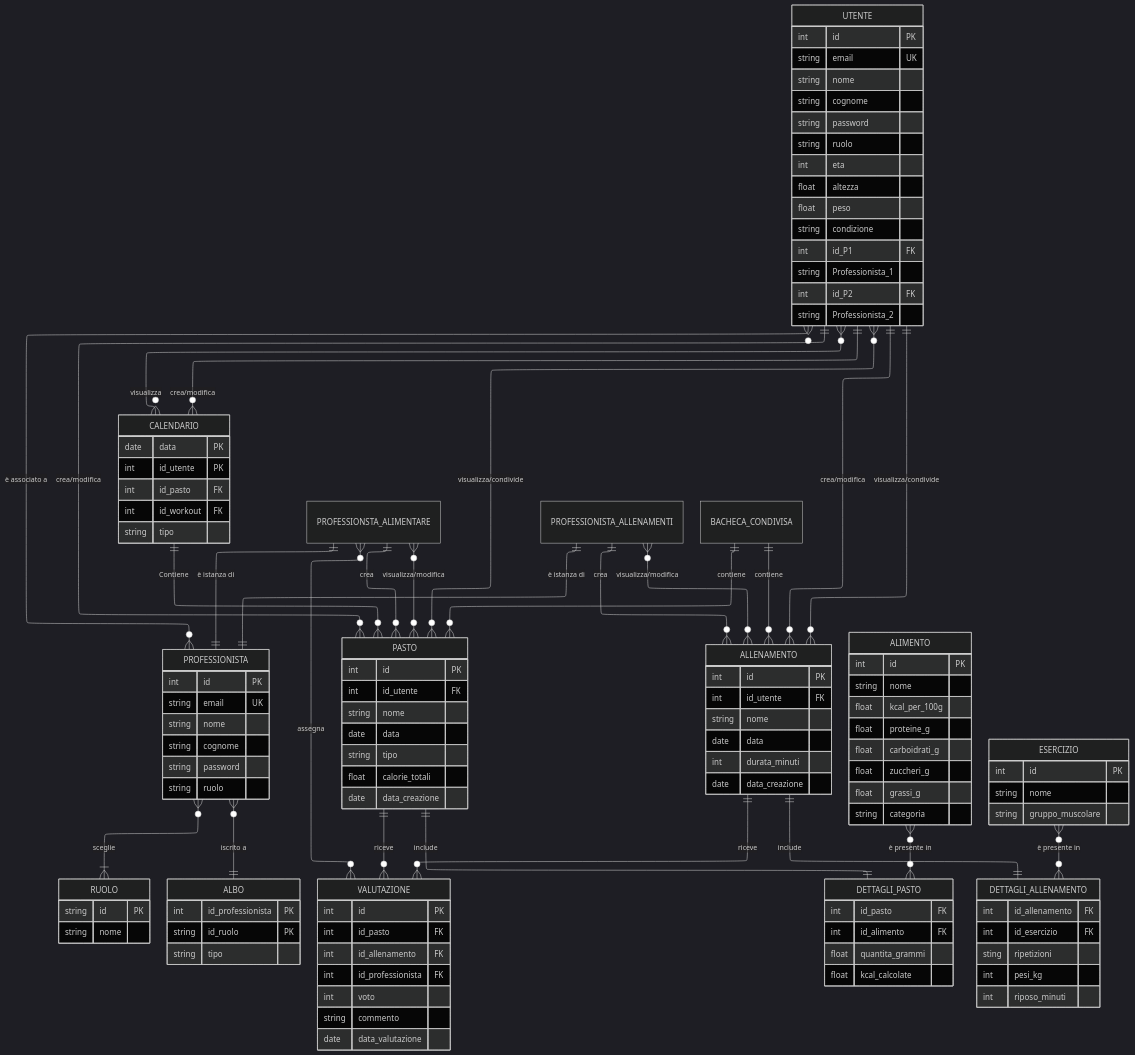
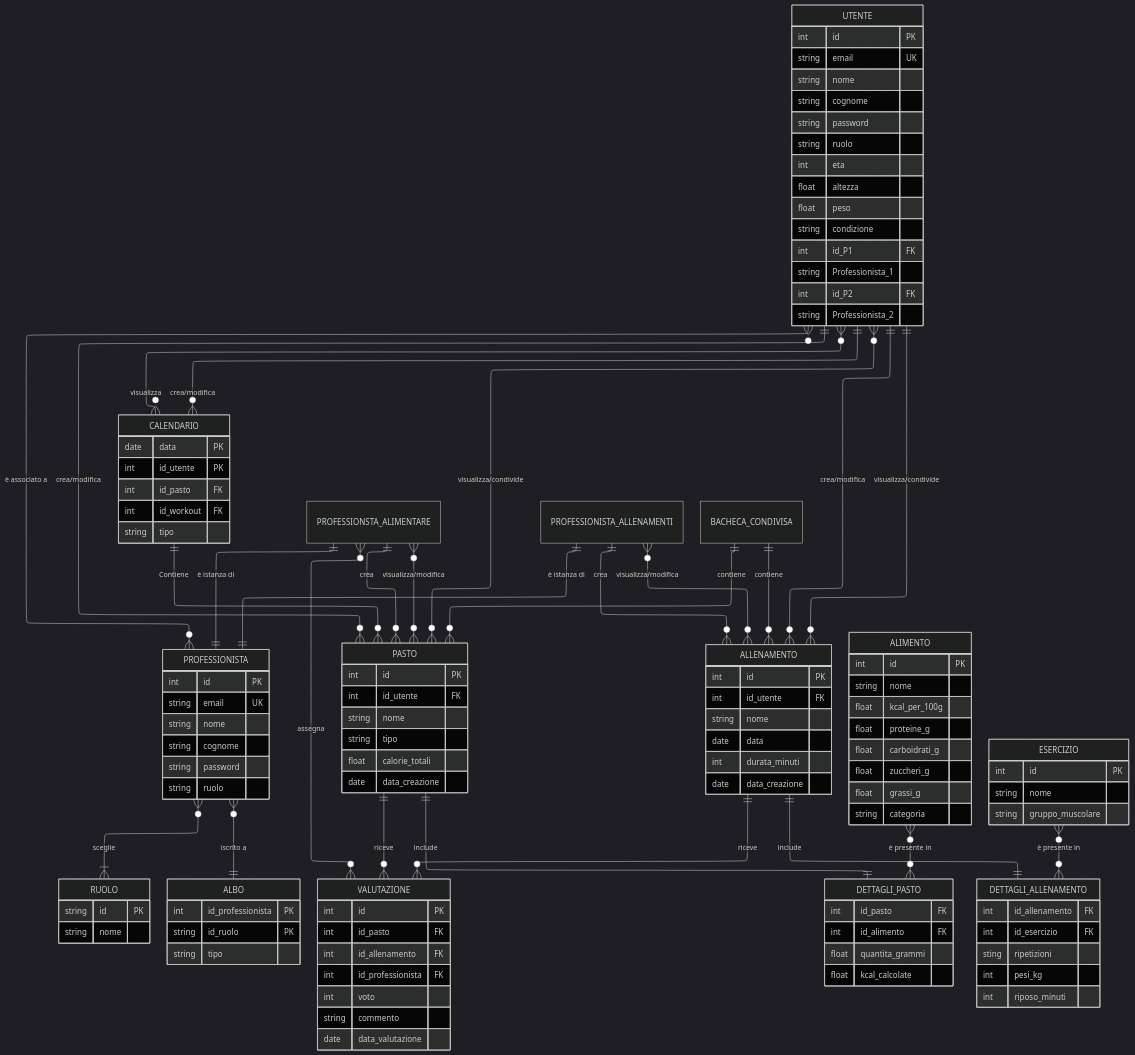
One commit to palatore/Progetto-HE.I.DI. changed the diagram in Diagramma E-R HEIDI-2026-05-13-202013.mmd. Above: the diagram before and after it, drawn with Mermaid (dark theme). The commit also changed 3 other files, not shown here.

Commit message:
- Aggiornato diagramma - Aumentata leggibilità database - Resa coerente con il diagramma la tabella pasti

```diff
--- a/Diagramma E-R HEIDI-2026-05-13-202013.mmd
+++ b/Diagramma E-R HEIDI-2026-05-13-202013.mmd
@@ -1,149 +1,148 @@
 ---
 config:
   layout: elk
 ---
 erDiagram
 	direction TB
 	UTENTE {
 		int id PK ""  
 		string email UK ""  
 		string nome  ""  
 		string cognome  ""  
 		string password  ""  
 		string ruolo  ""  
 		int eta  ""  
 		float altezza  ""  
 		float peso  ""  
 		string condizione  ""  
 		int id_P1 FK ""  
 		string Professionista_1  ""  
 		int id_P2 FK ""  
 		string Professionista_2  ""  
 	}
 
 	PROFESSIONISTA {
 		int id PK ""  
 		string email UK ""  
 		string nome  ""  
 		string cognome  ""  
 		string password  ""  
 		string ruolo  ""  
 	}
 
 	RUOLO {
 		string id PK ""  
 		string nome  ""  
 	}
 
 	ALBO {
 		int id_professionista PK ""  
 		string id_ruolo PK ""  
 		string tipo  ""  
 	}
 
 	CALENDARIO {
 		date data PK ""  
 		int id_utente PK ""  
 		int id_pasto FK ""  
 		int id_workout FK ""  
 		string tipo  ""  
 	}
 
 	PASTO {
 		int id PK ""  
 		int id_utente FK ""  
-		string nome  ""  
-		date data  ""  
+		string nome  "" 
 		string tipo  ""  
 		float calorie_totali  ""  
 		date data_creazione  ""  
 	}
 
 	ALLENAMENTO {
 		int id PK ""  
 		int id_utente FK ""  
 		string nome  ""  
 		date data  ""  
 		int durata_minuti  ""  
 		date data_creazione  ""  
 	}
 
 	VALUTAZIONE {
 		int id PK ""  
 		int id_pasto FK ""  
 		int id_allenamento FK ""  
 		int id_professionista FK ""  
 		int voto  ""  
 		string commento  ""  
 		date data_valutazione  ""  
 	}
 
 	DETTAGLI_PASTO {
 		int id_pasto FK ""  
 		int id_alimento FK ""  
 		float quantita_grammi  ""  
 		float kcal_calcolate  ""  
 	}
 
 	DETTAGLI_ALLENAMENTO {
 		int id_allenamento FK ""  
 		int id_esercizio FK ""  
 		sting ripetizioni  ""  
 		int pesi_kg  ""  
 		int riposo_minuti  ""  
 	}
 
 	ALIMENTO {
 		int id PK ""  
 		string nome  ""  
 		float kcal_per_100g  ""  
 		float proteine_g  ""  
 		float carboidrati_g  ""  
 		float zuccheri_g  ""  
 		float grassi_g  ""  
 		string categoria  ""  
 	}
 
 	ESERCIZIO {
 		int id PK ""  
 		string nome  ""  
 		string gruppo_muscolare  ""  
 	}
 
 	PROFESSIONSTA_ALIMENTARE {
 
 	}
 
 	PROFESSIONISTA_ALLENAMENTI {
 
 	}
 
 	BACHECA_CONDIVISA {
 
 	}
 
 	UTENTE||--o{PASTO:"crea/modifica"
 	UTENTE}o--o{PASTO:"visualizza/condivide"
 	UTENTE||--o{ALLENAMENTO:"crea/modifica"
 	UTENTE||--o{ALLENAMENTO:"visualizza/condivide"
 	UTENTE||--o{CALENDARIO:"crea/modifica"
 	UTENTE}o--o{CALENDARIO:"visualizza"
 	UTENTE}o--o{PROFESSIONISTA:"è associato a"
 	PROFESSIONSTA_ALIMENTARE}o--o{VALUTAZIONE:"assegna"
 	PROFESSIONSTA_ALIMENTARE||--||PROFESSIONISTA:"è istanza di"
 	PROFESSIONISTA_ALLENAMENTI||--||PROFESSIONISTA:"è istanza di"
 	PASTO||--o{VALUTAZIONE:"riceve"
 	PASTO||--||DETTAGLI_PASTO:"include"
 	ALIMENTO}o--o{DETTAGLI_PASTO:"è presente in"
 	CALENDARIO||--o{PASTO:"Contiene"
 	PROFESSIONISTA}o--|{RUOLO:"sceglie"
 	PROFESSIONSTA_ALIMENTARE||--o{PASTO:"crea"
 	PROFESSIONSTA_ALIMENTARE}o--o{PASTO:"visualizza/modifica"
 	PROFESSIONISTA_ALLENAMENTI||--o{ALLENAMENTO:"crea"
 	PROFESSIONISTA_ALLENAMENTI}o--o{ALLENAMENTO:"visualizza/modifica"
 	PROFESSIONISTA}o--||ALBO:"iscrito a"
 	ALLENAMENTO||--o{VALUTAZIONE:"riceve"
 	ALLENAMENTO||--||DETTAGLI_ALLENAMENTO:"include"
 	ESERCIZIO}o--o{DETTAGLI_ALLENAMENTO:"è presente in"
 	BACHECA_CONDIVISA||--o{PASTO:"contiene"
 	BACHECA_CONDIVISA||--o{ALLENAMENTO:"contiene"
```
